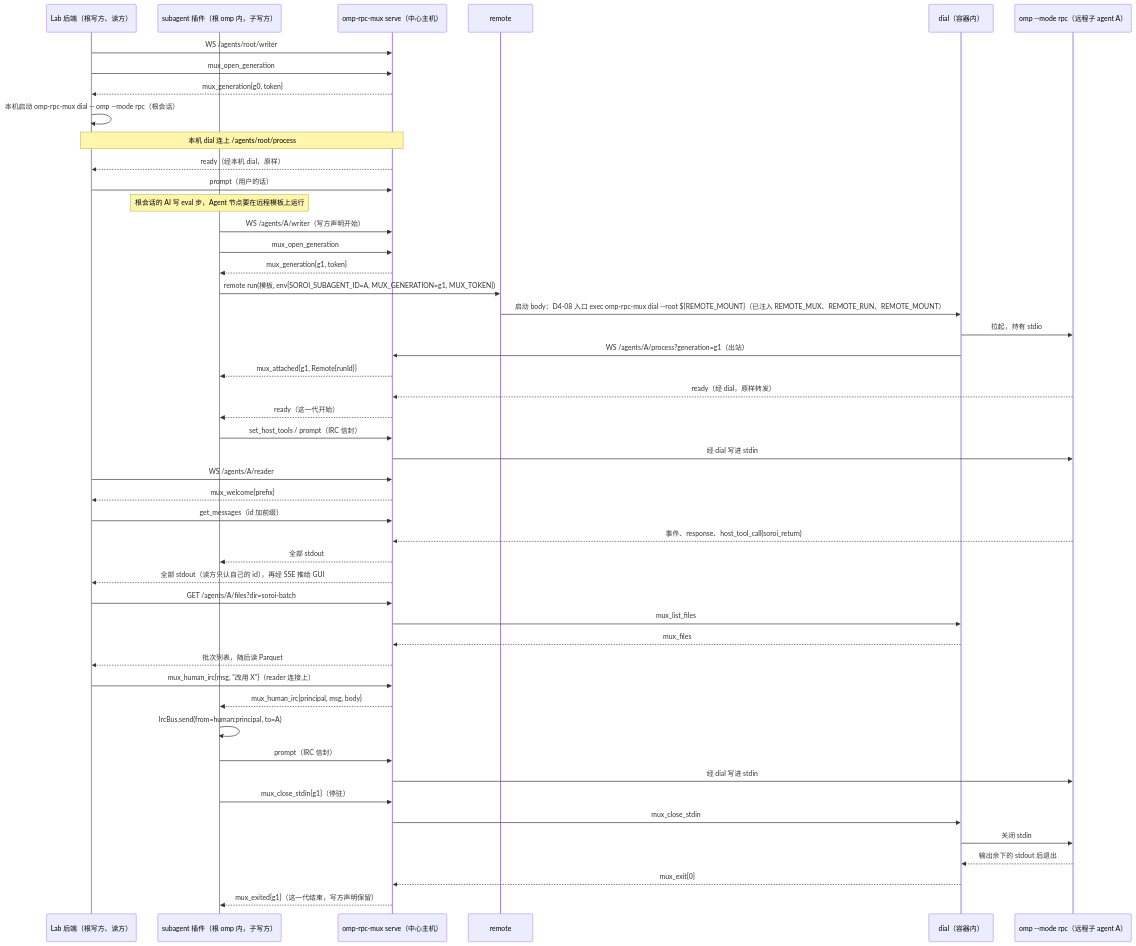
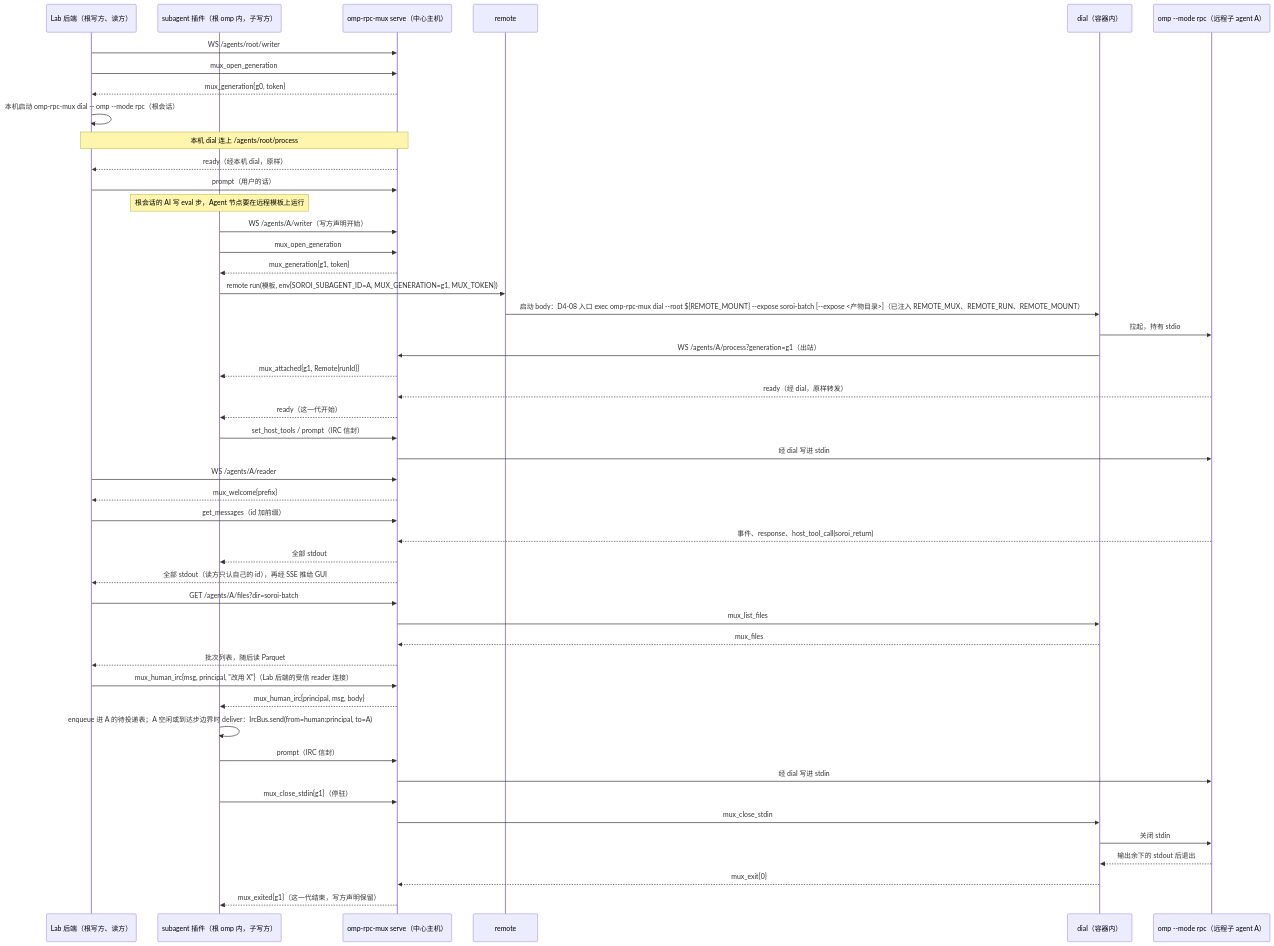
The diagram in evidence/decisions/D3-network-mux.md (Pepgent/PM), drawn with Mermaid before and after one commit. The commit also changed other lines of this file and 22 other files, not shown here.

````diff
--- a/evidence/decisions/D3-network-mux.md
+++ b/evidence/decisions/D3-network-mux.md
@@ -158,50 +169,50 @@
 ```mermaid
 sequenceDiagram
     participant L as Lab 后端（根写方、读方）
     participant P as subagent 插件（根 omp 内，子写方）
     participant M as omp-rpc-mux serve（中心主机）
     participant R as remote
     participant D as dial（容器内）
     participant O as omp --mode rpc（远程子 agent A）
     L->>M: WS /agents/root/writer
     L->>M: mux_open_generation
     M-->>L: mux_generation{g0, token}
     L->>L: 本机启动 omp-rpc-mux dial -- omp --mode rpc（根会话）
     Note over L,M: 本机 dial 连上 /agents/root/process
     M-->>L: ready（经本机 dial，原样）
     L->>M: prompt（用户的话）
     Note over P: 根会话的 AI 写 eval 步，Agent 节点要在远程模板上运行
     P->>M: WS /agents/A/writer（写方声明开始）
     P->>M: mux_open_generation
     M-->>P: mux_generation{g1, token}
     P->>R: remote run(模板, env{SOROI_SUBAGENT_ID=A, MUX_GENERATION=g1, MUX_TOKEN})
-    R->>D: 启动 body：D4-08 入口 exec omp-rpc-mux dial --root ${REMOTE_MOUNT}（已注入 REMOTE_MUX、REMOTE_RUN、REMOTE_MOUNT）
+    R->>D: 启动 body：D4-08 入口 exec omp-rpc-mux dial --root ${REMOTE_MOUNT} --expose soroi-batch [--expose <产物目录>]（已注入 REMOTE_MUX、REMOTE_RUN、REMOTE_MOUNT）
     D->>O: 拉起，持有 stdio
     D->>M: WS /agents/A/process?generation=g1（出站）
     M-->>P: mux_attached{g1, Remote{runId}}
     O-->>M: ready（经 dial，原样转发）
     M-->>P: ready（这一代开始）
     P->>M: set_host_tools / prompt（IRC 信封）
     M->>O: 经 dial 写进 stdin
     L->>M: WS /agents/A/reader
     M-->>L: mux_welcome{prefix}
     L->>M: get_messages（id 加前缀）
     O-->>M: 事件、response、host_tool_call(soroi_return)
     M-->>P: 全部 stdout
     M-->>L: 全部 stdout（读方只认自己的 id），再经 SSE 推给 GUI
     L->>M: GET /agents/A/files?dir=soroi-batch
     M->>D: mux_list_files
     D-->>M: mux_files
     M-->>L: 批次列表，随后读 Parquet
-    L->>M: mux_human_irc{msg, "改用 X"}（reader 连接上）
+    L->>M: mux_human_irc{msg, principal, "改用 X"}（Lab 后端的受信 reader 连接）
     M-->>P: mux_human_irc{principal, msg, body}
-    P->>P: IrcBus.send(from=human:principal, to=A)
+    P->>P: enqueue 进 A 的待投递表；A 空闲或到达步边界时 deliver：IrcBus.send(from=human:principal, to=A)
     P->>M: prompt（IRC 信封）
     M->>O: 经 dial 写进 stdin
     P->>M: mux_close_stdin{g1}（停驻）
     M->>D: mux_close_stdin
     D->>O: 关闭 stdin
     O-->>D: 输出余下的 stdout 后退出
     D-->>M: mux_exit{0}
     M-->>P: mux_exited{g1}（这一代结束，写方声明保留）
 ```
````
